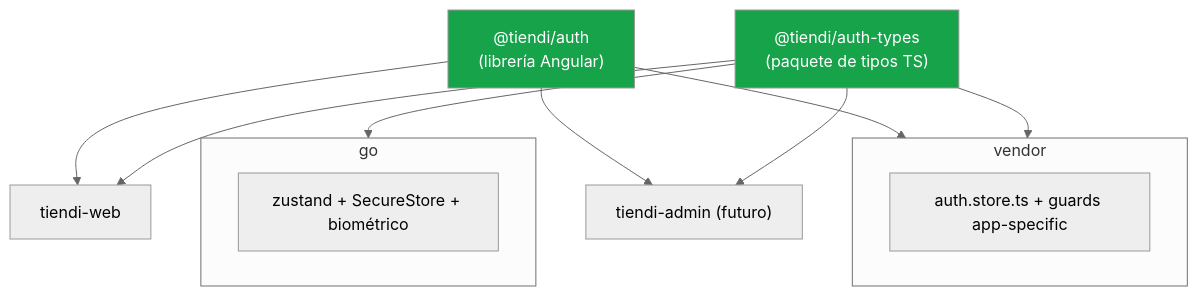
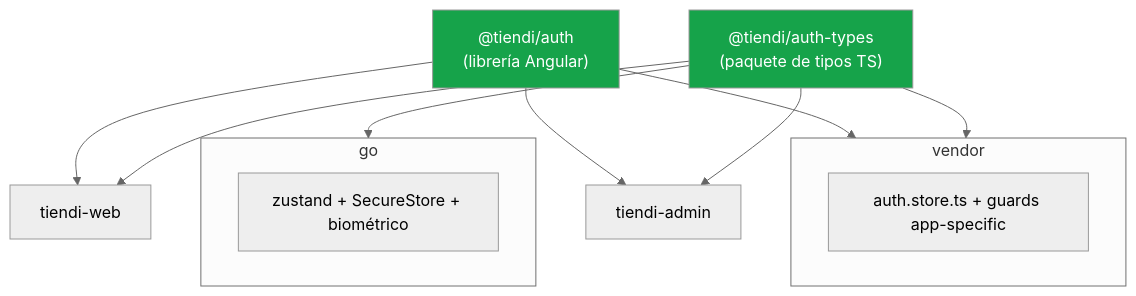
The third of 3 diagrams in DOCS/AUTENTICACION.md (kanoso/ecommcerce-saas-sonet), drawn with Mermaid (neutral theme) before and after one commit. The commit also changed other lines of this file, not shown here.

Commit message:
docs(autenticacion): cerrar Fase 0 — submódulos unificados + decisión A5 (AdminRole absorbido)

````diff
--- a/DOCS/AUTENTICACION.md
+++ b/DOCS/AUTENTICACION.md
@@ -263,21 +263,21 @@
 ```mermaid
 flowchart TD
     T["@tiendi/auth-types<br/>(paquete de tipos TS)"] --> V["tiendi-vendor"]
     T --> W["tiendi-web"]
     T --> G["tiendi-go"]
-    T --> A["tiendi-admin (futuro)"]
+    T --> A["tiendi-admin"]
 
     L["@tiendi/auth<br/>(librería Angular)"] --> V
     L --> W
     L --> A
 
     subgraph V["vendor"]
         VS["auth.store.ts + guards app-specific"]
     end
     subgraph G["go"]
         GS["zustand + SecureStore + biométrico"]
     end
 
     style T fill:#16a34a,color:#fff
     style L fill:#16a34a,color:#fff
 ```
````
